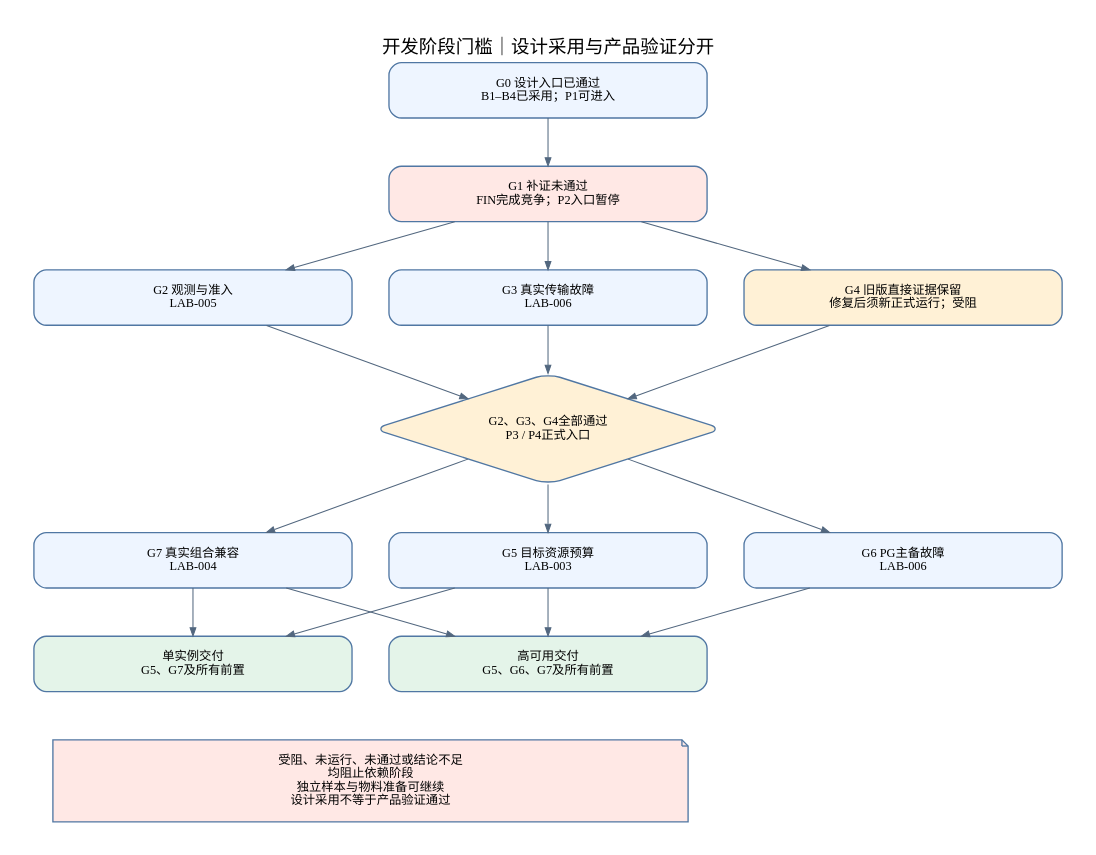
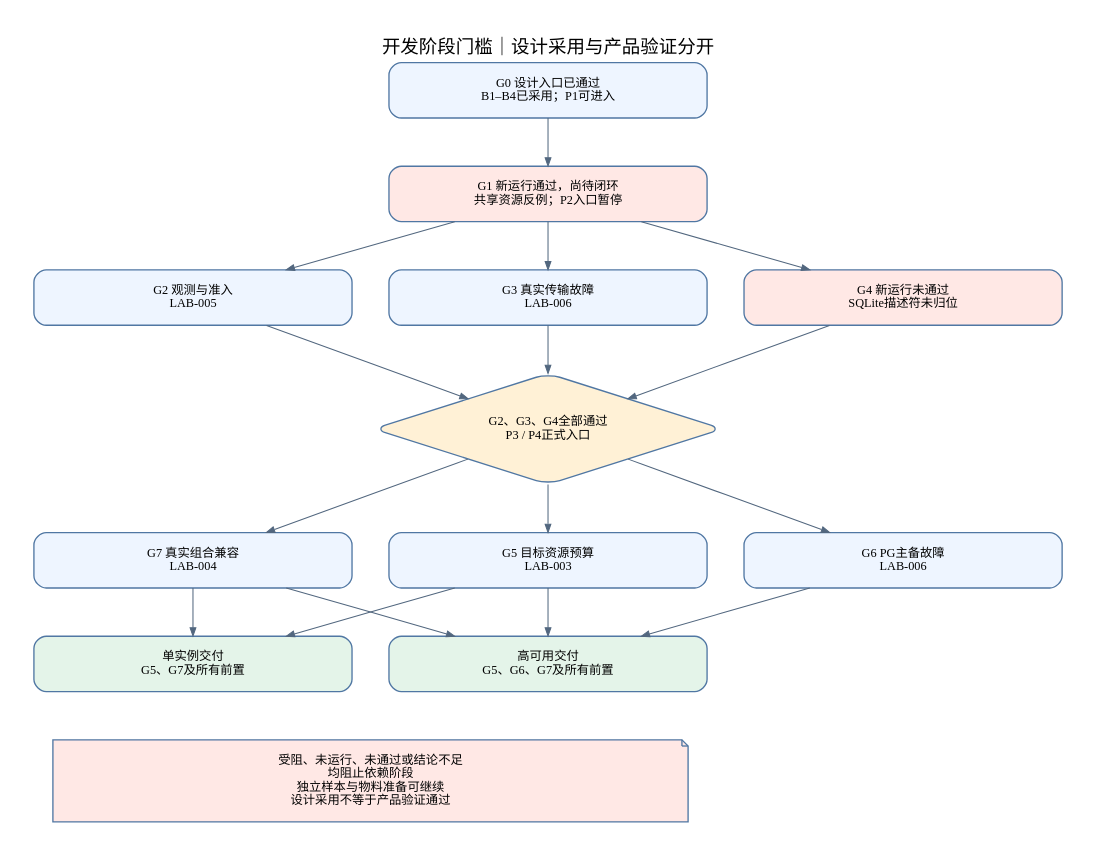
One commit to wyw-ai/loom-oi changed the diagram in docs/architecture/diagrams/v0.7/06-delivery-dependencies.dot. Above: the diagram before and after it, drawn with Graphviz. The commit also changed 52 other files, not shown here.

```diff
--- a/docs/architecture/diagrams/v0.7/06-delivery-dependencies.dot
+++ b/docs/architecture/diagrams/v0.7/06-delivery-dependencies.dot
@@ -1,23 +1,23 @@
 digraph G {
 graph [bgcolor="white",pad="0.35",nodesep="0.5",ranksep="0.65",fontname="Noto Sans SC",fontsize=18,labelloc="t",splines=polyline];
 node [shape=box,style="rounded,filled",fillcolor="#eef5ff",color="#5077a3",fontname="Noto Sans SC",fontsize=12,width=4.3,margin="0.35,0.2",penwidth=1.3];
 edge [color="#52677f",fontname="Noto Sans SC",fontsize=10,arrowsize=0.8];
 rankdir=TB;label="开发阶段门槛｜设计采用与产品验证分开";
  g0[label="G0 设计入口已通过\nB1–B4已采用；P1可进入"];
- g1[label="G1 补证未通过\nFIN完成竞争；P2入口暂停",fillcolor="#ffe8e5"];
+ g1[label="G1 新运行通过，尚待闭环\n共享资源反例；P2入口暂停",fillcolor="#ffe8e5"];
  g2[label="G2 观测与准入\nLAB-005"];
  g3[label="G3 真实传输故障\nLAB-006"];
- g4[label="G4 旧版直接证据保留\n修复后须新正式运行；受阻",fillcolor="#fff1d6"];
+ g4[label="G4 新运行未通过\nSQLite描述符未归位",fillcolor="#ffe8e5"];
  gate[label="G2、G3、G4全部通过\nP3 / P4正式入口",shape=diamond,fillcolor="#fff1d6"];
  g5[label="G5 目标资源预算\nLAB-003"];
  g6[label="G6 PG主备故障\nLAB-006"];
  g7[label="G7 真实组合兼容\nLAB-004"];
  single[label="单实例交付\nG5、G7及所有前置",fillcolor="#e4f4e9"];
  ha[label="高可用交付\nG5、G6、G7及所有前置",fillcolor="#e4f4e9"];
  g0->g1;g1->g2;g1->g3;g1->g4;{rank=same;g2;g3;g4;}
  g2->gate;g3->gate;g4->gate;gate->g5;gate->g6;gate->g7;{rank=same;g5;g6;g7;}
  g5->single;g7->single;g5->ha;g6->ha;g7->ha;
  note[label="受阻、未运行、未通过或结论不足\n均阻止依赖阶段\n独立样本与物料准备可继续\n设计采用不等于产品验证通过",width=8.6,shape=note,fillcolor="#ffe8e5"];
  single->note[style=invis];ha->note[style=invis];
 
 }
```
